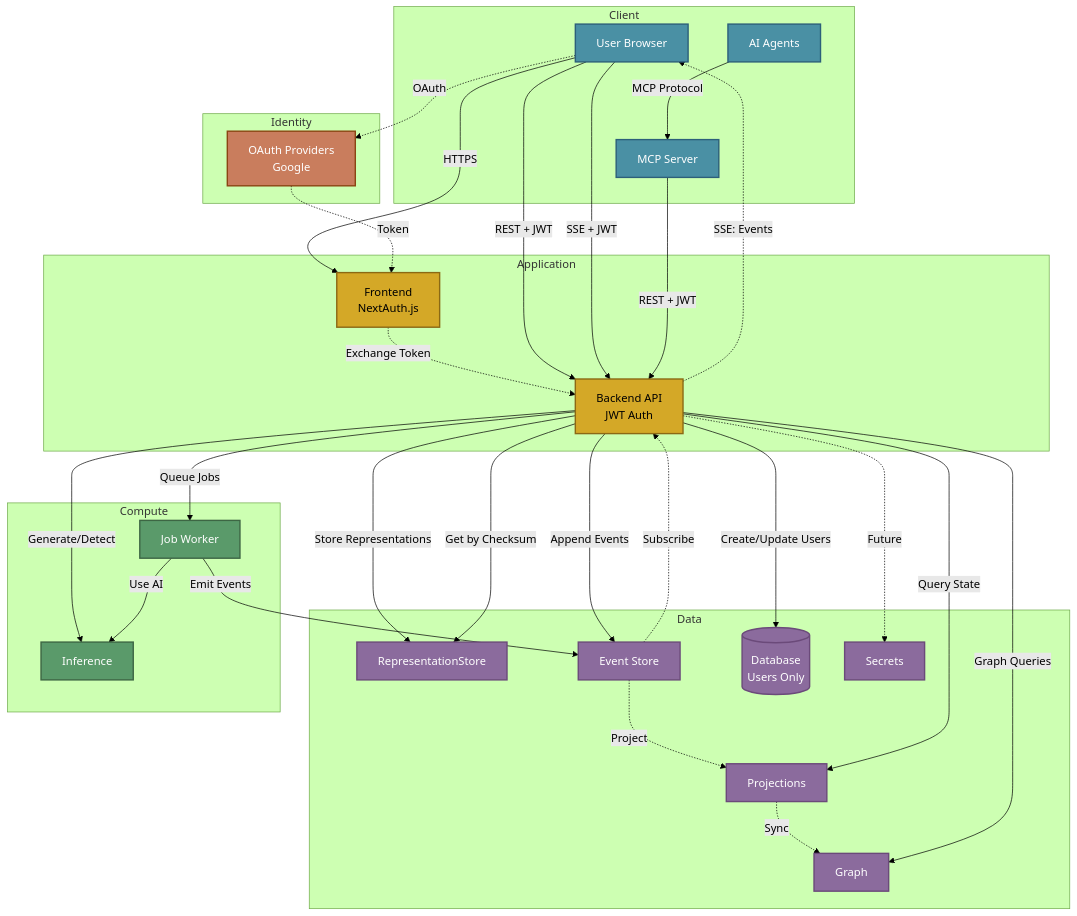
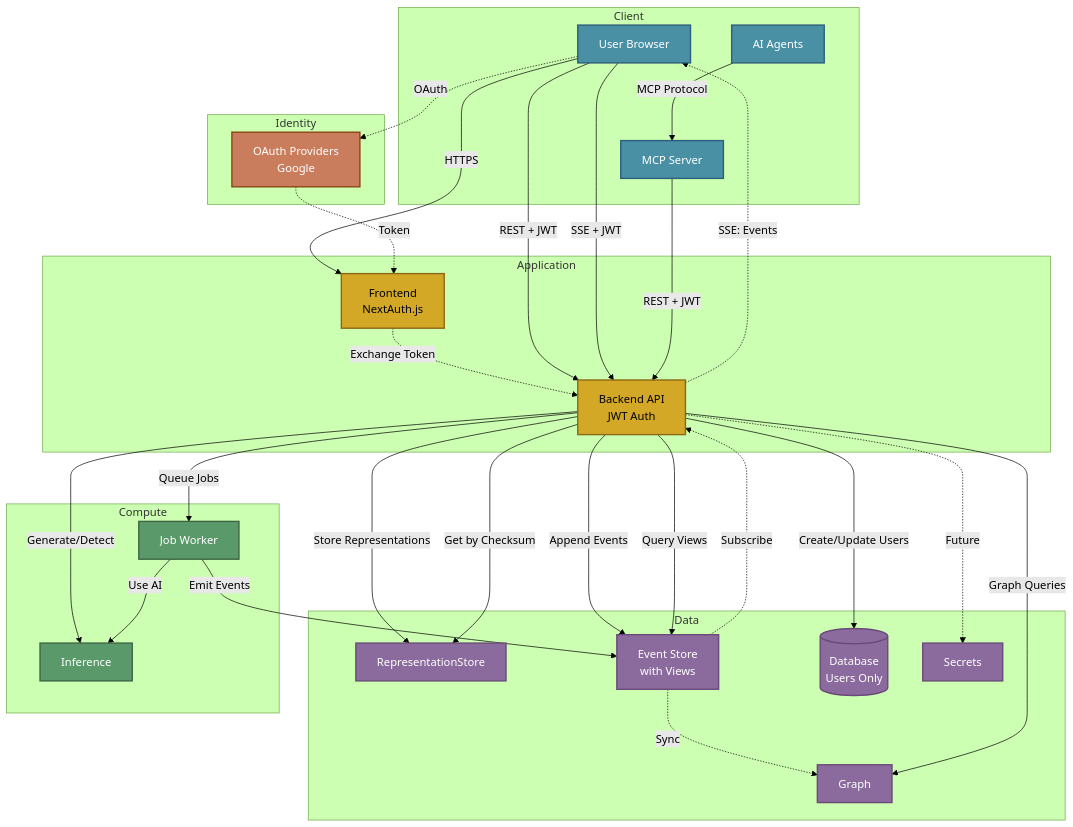
The diagram in docs/ARCHITECTURE.md (The-AI-Alliance/semiont), drawn with Mermaid (forest theme) before and after one commit. The commit also changed other lines of this file and 63 other files, not shown here.

First line of the commit message:
materialize views (vs project projections) (#300)

````diff
--- a/docs/ARCHITECTURE.md
+++ b/docs/ARCHITECTURE.md
@@ -39,8 +39,7 @@
 
     subgraph "Data"
         REP[RepresentationStore]
-        EVENTS[Event Store]
-        PROJ[Projections]
+        EVENTS[Event Store<br/>with Views]
         GRAPH[Graph]
         DB[(Database<br/>Users Only)]
         SEC[Secrets]
@@ -72,12 +71,11 @@
     BE -.->|Future| SEC
 
     %% Event-driven flow
-    EVENTS -.->|Project| PROJ
-    PROJ -.->|Sync| GRAPH
+    EVENTS -.->|Sync| GRAPH
 
     %% Backend reads
     BE -->|Get by Checksum| REP
-    BE -->|Query State| PROJ
+    BE -->|Query Views| EVENTS
     BE -->|Graph Queries| GRAPH
 
     %% Compute services
@@ -100,6 +98,6 @@
     class USER,AI,MCP client
     class OAUTH identity
     class FE,BE app
-    class REP,EVENTS,PROJ,GRAPH,DB,SEC data
+    class REP,EVENTS,GRAPH,DB,SEC data
     class INF,JW compute
 ```
````
